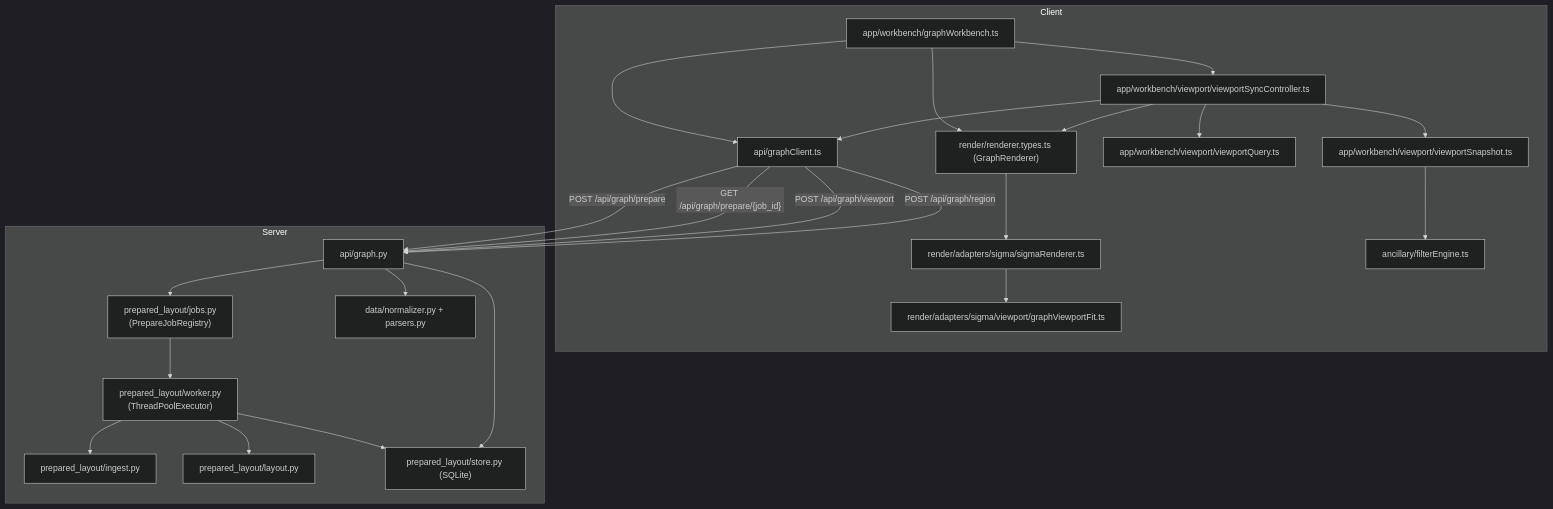
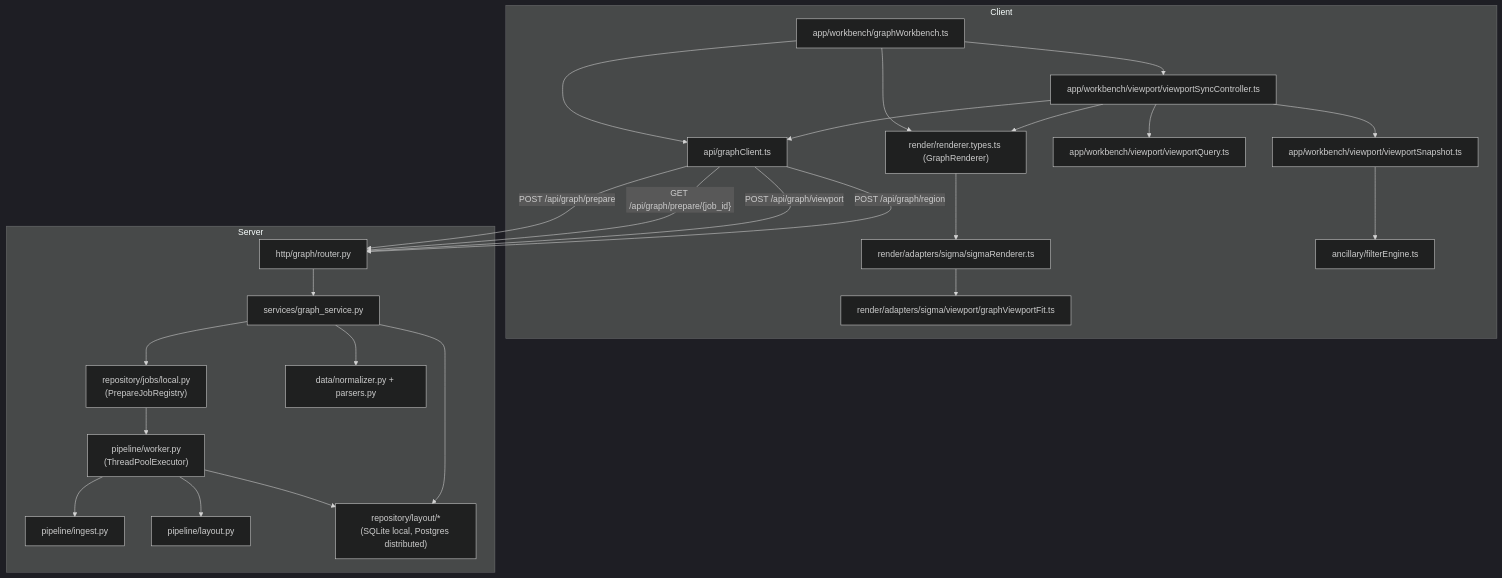
One commit to phyloviz/phylo-lens changed the first of 2 diagrams in docs/ARCHITECTURE_SPEC.md. Above: the diagram before and after it, drawn with Mermaid (dark theme). The commit also changed other lines of this file and 7 other files, not shown here.

Commit message:
docs: describe distributed production architecture

````diff
--- a/docs/ARCHITECTURE_SPEC.md
+++ b/docs/ARCHITECTURE_SPEC.md
@@ -183,48 +196,50 @@
 ```mermaid
 flowchart TD
   subgraph Client
     WB["app/workbench/graphWorkbench.ts"]
     APIC["api/graphClient.ts"]
     RPORT["render/renderer.types.ts (GraphRenderer)"]
     SR["render/adapters/sigma/sigmaRenderer.ts"]
     VS["app/workbench/viewport/viewportSyncController.ts"]
     QRY["app/workbench/viewport/viewportQuery.ts"]
     SNAP["app/workbench/viewport/viewportSnapshot.ts"]
     FIT["render/adapters/sigma/viewport/graphViewportFit.ts"]
     FILT["ancillary/filterEngine.ts"]
 
     WB --> APIC
     WB --> RPORT
     WB --> VS
     VS --> APIC
     VS --> RPORT
     VS --> QRY
     VS --> SNAP
     SNAP --> FILT
     RPORT --> SR
     SR --> FIT
   end
 
   subgraph Server
-    SRV["api/graph.py"]
-    WORK["prepared_layout/worker.py<br/>(ThreadPoolExecutor)"]
-    JOBS["prepared_layout/jobs.py<br/>(PrepareJobRegistry)"]
-    ING["prepared_layout/ingest.py"]
-    LAY["prepared_layout/layout.py"]
-    STORE["prepared_layout/store.py (SQLite)"]
+    SRV["http/graph/router.py"]
+    SVC["services/graph_service.py"]
+    WORK["pipeline/worker.py<br/>(ThreadPoolExecutor)"]
+    JOBS["repository/jobs/local.py<br/>(PrepareJobRegistry)"]
+    ING["pipeline/ingest.py"]
+    LAY["pipeline/layout.py"]
+    STORE["repository/layout/*<br/>(SQLite local, Postgres distributed)"]
     DATA["data/normalizer.py + parsers.py"]
 
-    SRV --> DATA
-    SRV --> JOBS
+    SRV --> SVC
+    SVC --> DATA
+    SVC --> JOBS
     JOBS --> WORK
     WORK --> ING
     WORK --> LAY
     WORK --> STORE
-    SRV --> STORE
+    SVC --> STORE
   end
 
   APIC -->|"POST /api/graph/prepare"| SRV
   APIC -->|"GET /api/graph/prepare/{job_id}"| SRV
   APIC -->|"POST /api/graph/viewport"| SRV
   APIC -->|"POST /api/graph/region"| SRV
 ```
````
